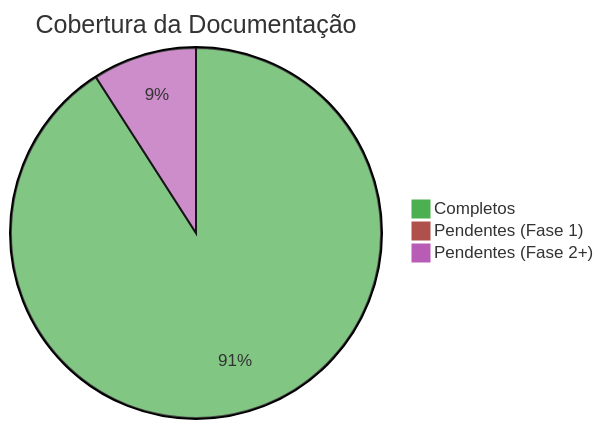
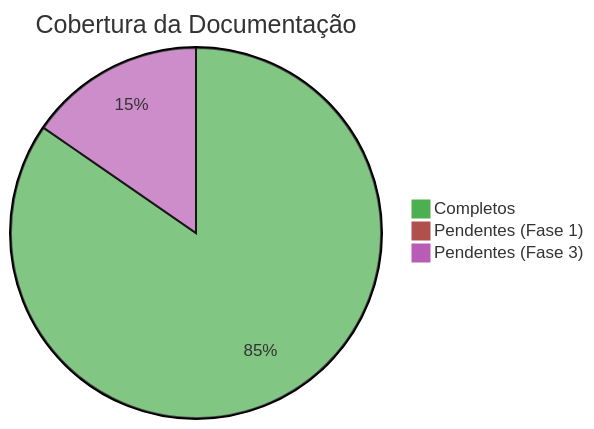
One commit to LAMP-LUCAS/fotonPDF changed the first of 2 diagrams in docs/DASHBOARD.md. Above: the diagram before and after it, drawn with Mermaid. The commit also changed other lines of this file and 5 other files, not shown here.

````diff
--- a/docs/DASHBOARD.md
+++ b/docs/DASHBOARD.md
@@ -7,7 +7,7 @@
 ```mermaid
 %%{init: {'theme':'base', 'themeVariables': { 'primaryColor':'#4CAF50'}}}%%
 pie title Cobertura da Documentação
-    "Completos" : 20
+    "Completos" : 22
     "Pendentes (Fase 1)" : 0
-    "Pendentes (Fase 2+)" : 2
+    "Pendentes (Fase 3)" : 4
 ```
````
